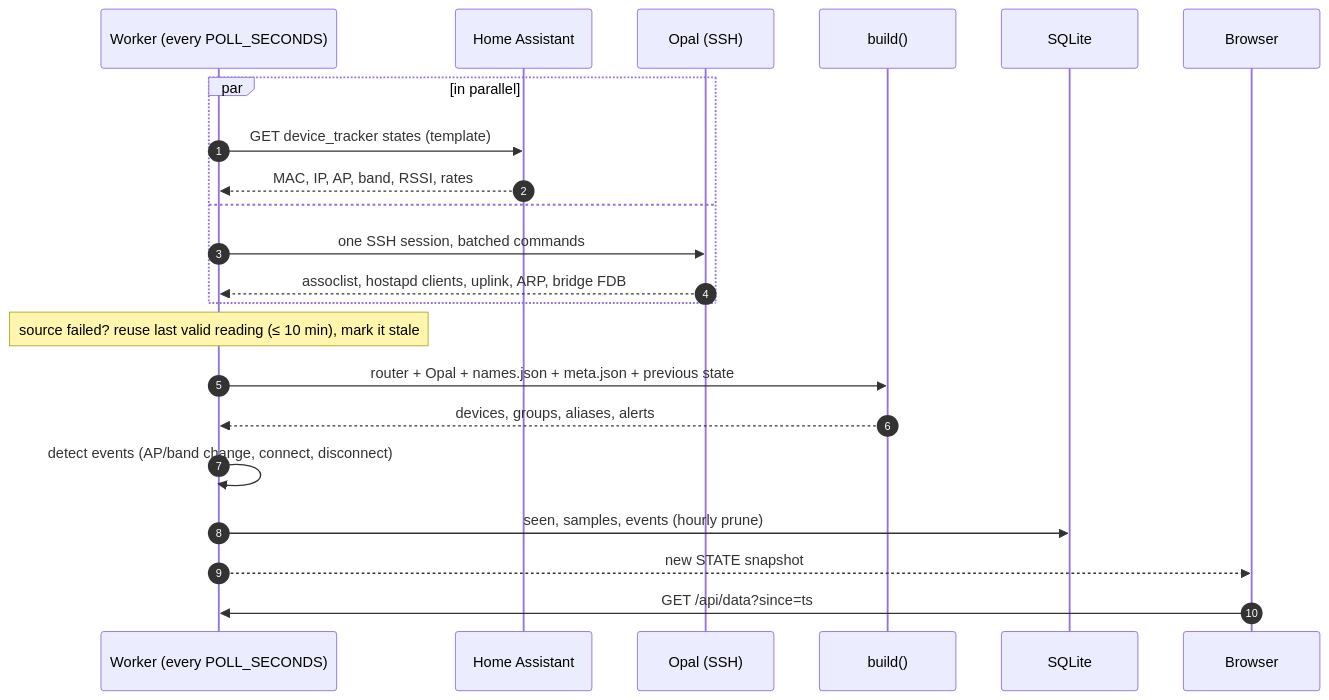
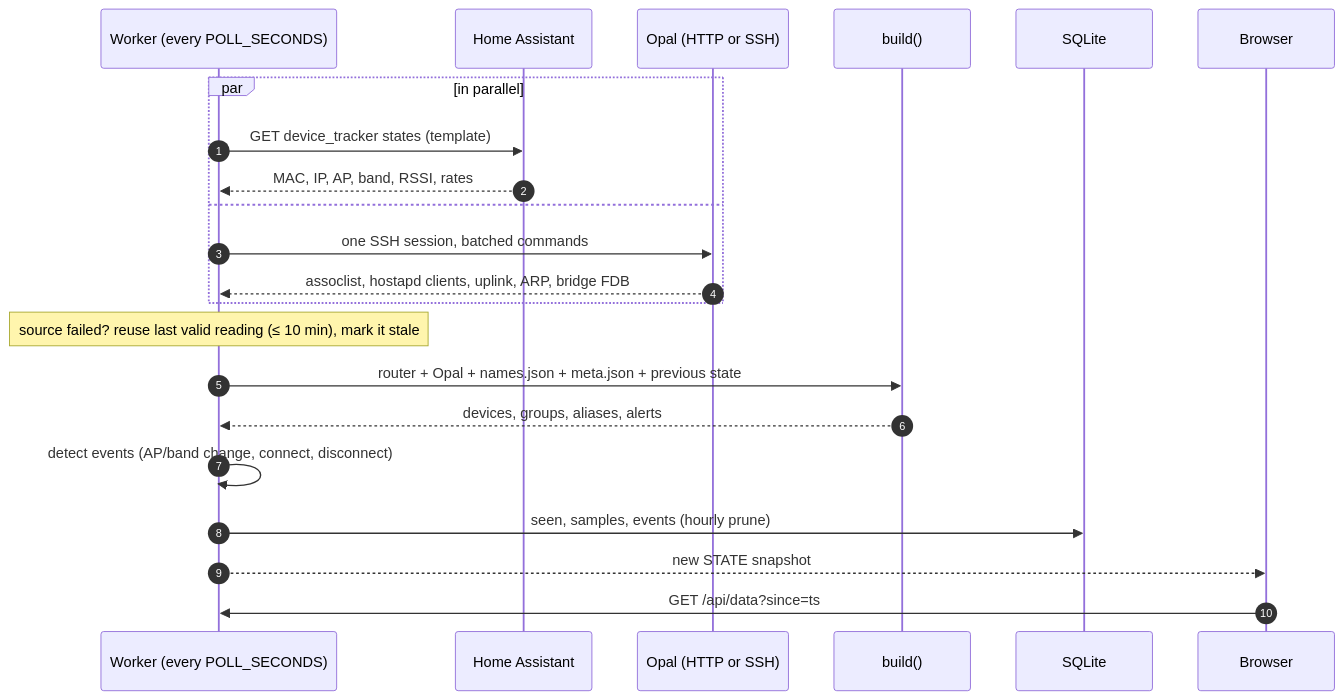
Before and after one commit to Tkd-Alex/netmap: the second of 3 diagrams in README.md, drawn with Mermaid. The commit also changed other lines of this file and 11 other files, not shown here.

First line of the commit message:
feat(opal): read the Opal from its netstatus JSON over HTTP

````diff
--- a/README.md
+++ b/README.md
@@ -61,25 +61,25 @@
 ```mermaid
 sequenceDiagram
     autonumber
     participant W as Worker (every POLL_SECONDS)
     participant HA as Home Assistant
-    participant O as Opal (SSH)
+    participant O as Opal (HTTP or SSH)
     participant B as build()
     participant DB as SQLite
     participant UI as Browser
 
     par in parallel
         W->>HA: GET device_tracker states (template)
         HA-->>W: MAC, IP, AP, band, RSSI, rates
     and
         W->>O: one SSH session, batched commands
         O-->>W: assoclist, hostapd clients, uplink, ARP, bridge FDB
     end
     Note over W: source failed? reuse last valid reading (≤ 10 min), mark it stale
     W->>B: router + Opal + names.json + meta.json + previous state
     B-->>W: devices, groups, aliases, alerts
     W->>W: detect events (AP/band change, connect, disconnect)
     W->>DB: seen, samples, events (hourly prune)
     W-->>UI: new STATE snapshot
     UI->>W: GET /api/data?since=ts
 ```
````
